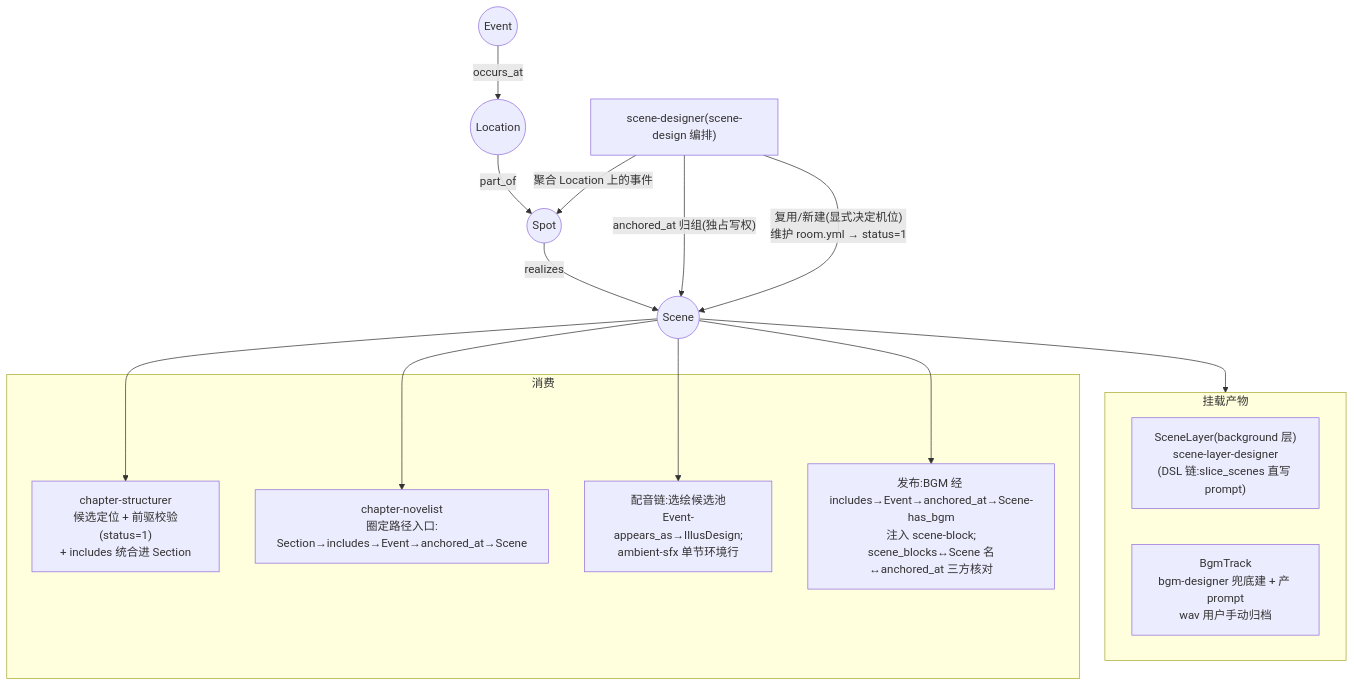
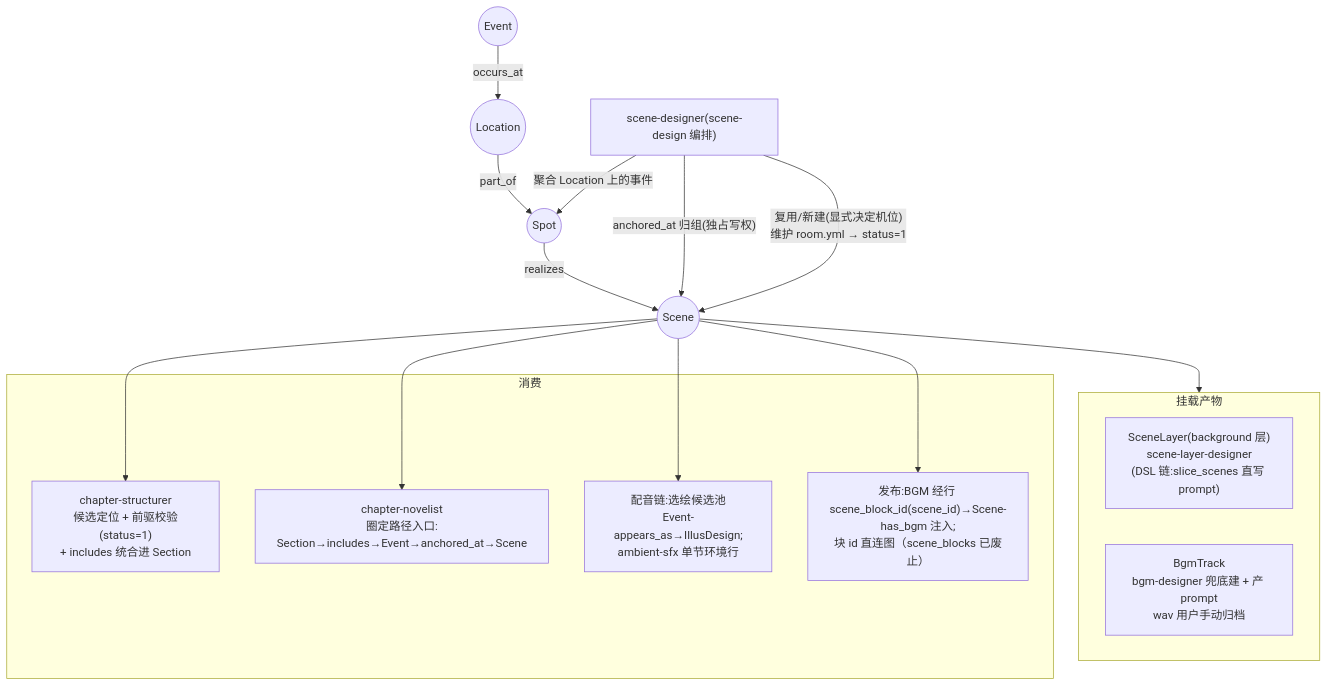
Before and after one commit to CrazyJinn/ProxyLove: the fourth of 4 diagrams in demo/叙事生产消费流程.md, drawn with Mermaid. The commit also changed other lines of this file and 40 other files, not shown here.

````diff
--- a/demo/叙事生产消费流程.md
+++ b/demo/叙事生产消费流程.md
@@ -120,24 +120,24 @@
 ```mermaid
 flowchart TD
     EV(("Event")) -- "occurs_at" --> LOC(("Location"))
     SD["scene-designer(scene-design 编排)"]
     SD -->|"聚合 Location 上的事件"| SP(("Spot"))
     SD -->|"anchored_at 归组(独占写权)"| SC
     LOC -- "part_of" --> SP
     SP -- "realizes" --> SC(("Scene"))
     SD -->|"复用/新建(显式决定机位)<br/>维护 room.yml → status=1"| SC
 
     subgraph SUB["挂载产物"]
         SL["SceneLayer(background 层)<br/>scene-layer-designer<br/>(DSL 链:slice_scenes 直写 prompt)"]
         BG["BgmTrack<br/>bgm-designer 兜底建 + 产 prompt<br/>wav 用户手动归档"]
     end
     SC --> SUB
 
     subgraph C["消费"]
         U1["chapter-structurer<br/>候选定位 + 前驱校验(status=1)<br/>+ includes 统合进 Section"]
         U2["chapter-novelist<br/>圈定路径入口:<br/>Section→includes→Event→anchored_at→Scene"]
         U3["配音链:选绘候选池<br/>Event-appears_as→IllusDesign;<br/>ambient-sfx 单节环境行"]
-        U4["发布:BGM 经 includes→Event→anchored_at→Scene-has_bgm<br/>注入 scene-block;<br/>scene_blocks↔Scene 名↔anchored_at 三方核对"]
+        U4["发布:BGM 经行 scene_block_id(scene_id)→Scene-has_bgm 注入;<br/>块 id 直连图（scene_blocks 已废止）"]
     end
     SC --> U1 & U2 & U3 & U4
 ```
````
